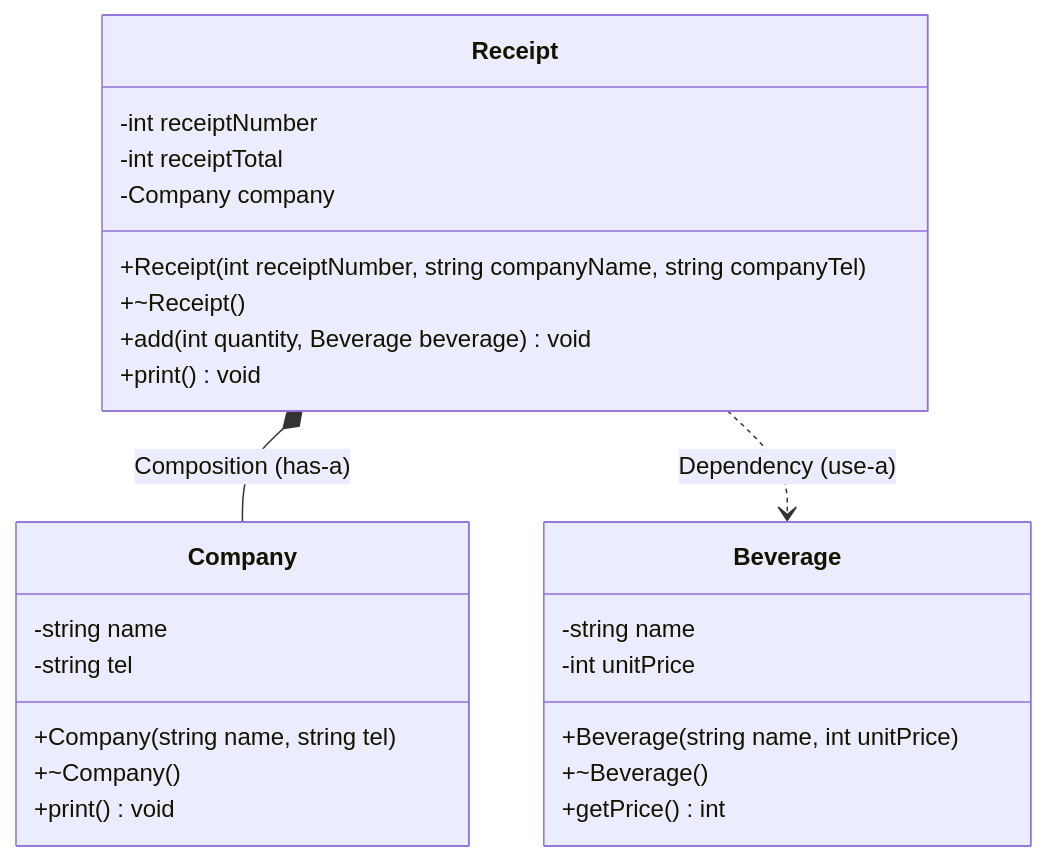
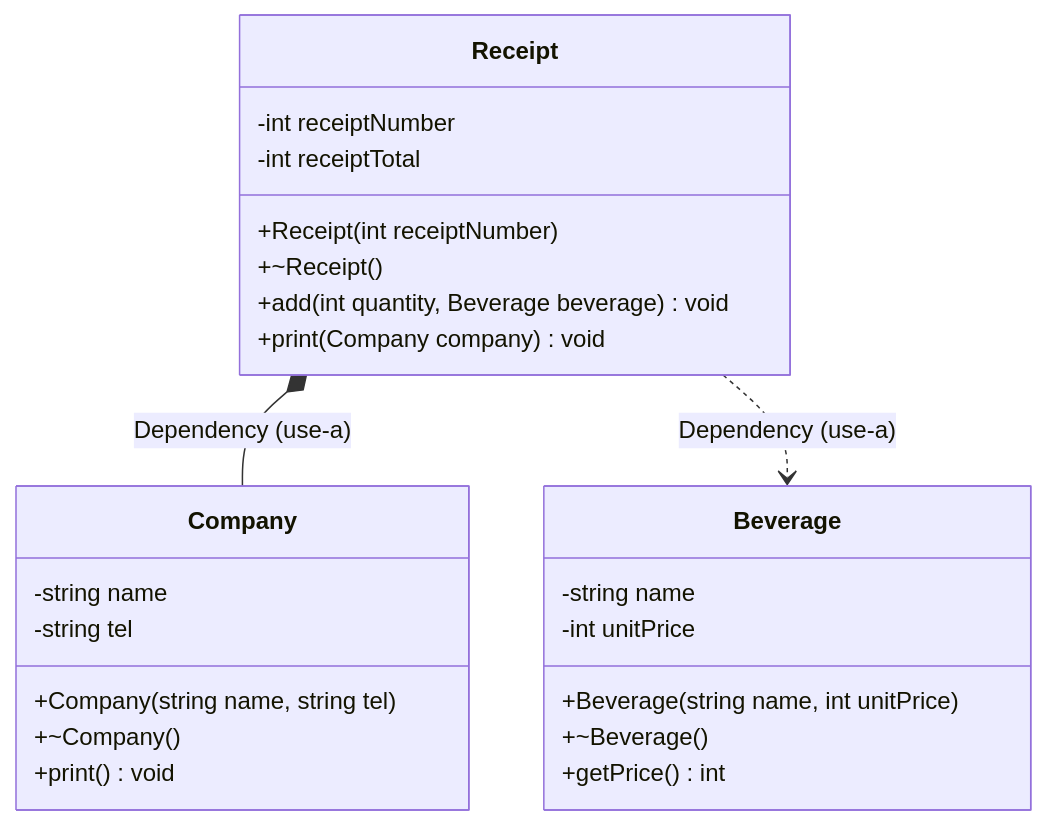
The diagram in project/week02/README.md (Dragon-0124/2026Cpp02), drawn with Mermaid before and after one commit. The commit also changed other lines of this file and 3 other files, not shown here.

Commit message:
week02 Receipt(Dependency)

````diff
--- a/project/week02/README.md
+++ b/project/week02/README.md
@@ -4,31 +4,30 @@
 ```mermaid
 classDiagram
-    Receipt *-- Company : Composition (has-a)
+    Receipt *-- Company : Dependency (use-a)
     Receipt ..> Beverage : Dependency (use-a)
 
     class Company {
         -string name
         -string tel
         +Company(string name, string tel)
         +~Company()
         +print() void
     }
 
     class Beverage {
         -string name
         -int unitPrice
         +Beverage(string name, int unitPrice)
         +~Beverage()
         +getPrice() int
     }
     
     class Receipt {
         -int receiptNumber
         -int receiptTotal
-        -Company company
-        +Receipt(int receiptNumber, string companyName, string companyTel)
+        +Receipt(int receiptNumber)
         +~Receipt()
         +add(int quantity, Beverage beverage) void
-        +print() void
+        +print(Company company) void
     }
 ```
````
